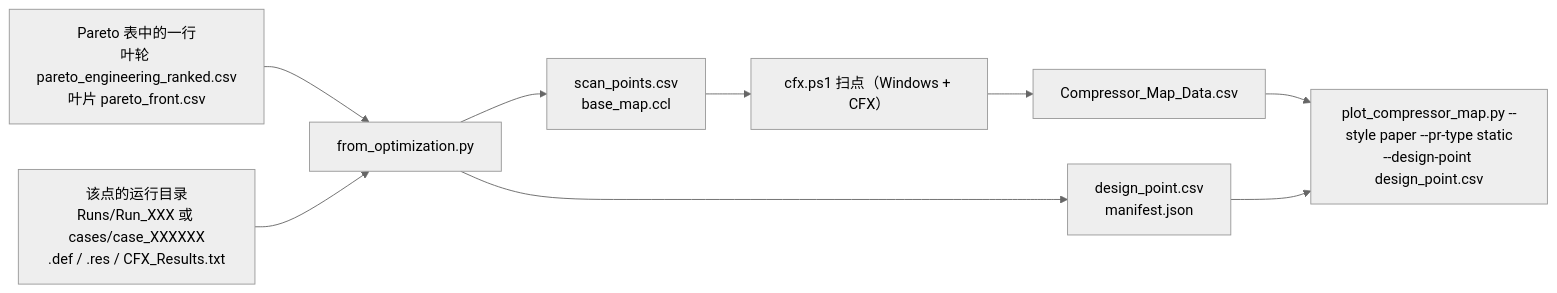
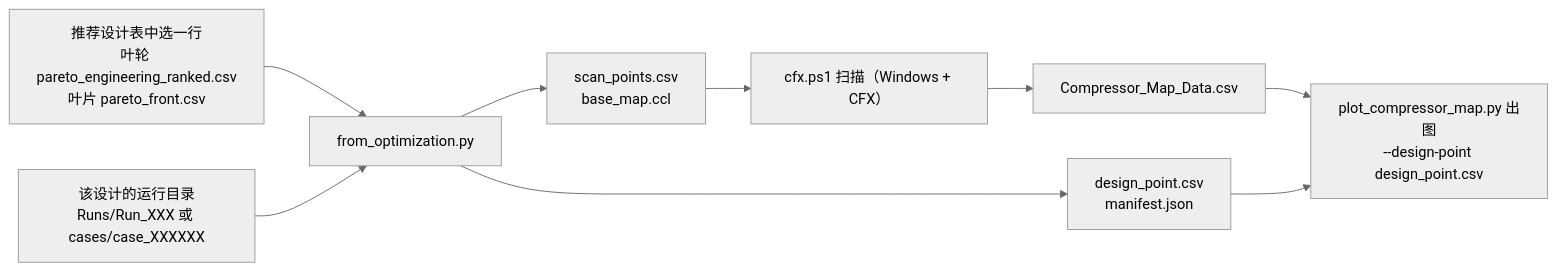
The diagram in docs/from_optimization.md (hibiki233i/workingmap), drawn with Mermaid (neutral theme) before and after one commit. The commit also changed other lines of this file and 4 other files, not shown here.

````diff
--- a/docs/from_optimization.md
+++ b/docs/from_optimization.md
@@ -5,10 +7,10 @@
 ```mermaid
 flowchart LR
-  P["Pareto 表中的一行<br/>叶轮 pareto_engineering_ranked.csv<br/>叶片 pareto_front.csv"] --> C["from_optimization.py"]
-  R["该点的运行目录<br/>Runs/Run_XXX 或 cases/case_XXXXXX<br/>.def / .res / CFX_Results.txt"] --> C
+  P["推荐设计表中选一行<br/>叶轮 pareto_engineering_ranked.csv<br/>叶片 pareto_front.csv"] --> C["from_optimization.py"]
+  R["该设计的运行目录<br/>Runs/Run_XXX 或 cases/case_XXXXXX"] --> C
   C --> S["scan_points.csv<br/>base_map.ccl"]
   C --> D["design_point.csv<br/>manifest.json"]
-  S --> X["cfx.ps1 扫点（Windows + CFX）"] --> M["Compressor_Map_Data.csv"]
-  M --> G["plot_compressor_map.py --style paper --pr-type static<br/>--design-point design_point.csv"]
+  S --> X["cfx.ps1 扫描（Windows + CFX）"] --> M["Compressor_Map_Data.csv"]
+  M --> G["plot_compressor_map.py 出图<br/>--design-point design_point.csv"]
   D --> G
 ```
````
